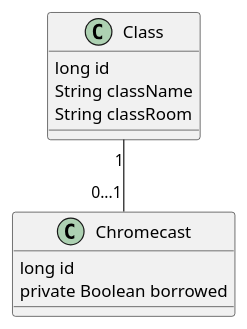
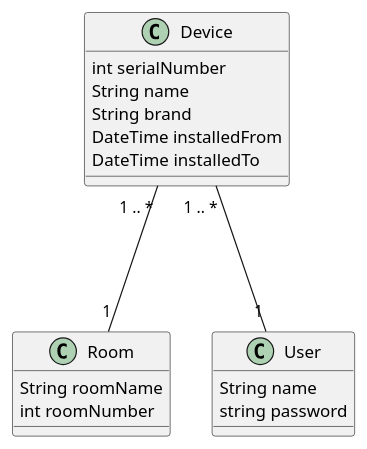
One commit to htl-leonding-project/5ahif-syp-chromecast-manager changed the diagram in Backend/asciidocs/cld.puml. Above: the diagram before and after it, drawn with PlantUML.

Commit message:
cld finished

```diff
--- a/Backend/asciidocs/cld.puml
+++ b/Backend/asciidocs/cld.puml
@@ -1,16 +1,24 @@
 @startuml
 
-class Chromecast{
-  long id
-  private Boolean borrowed
+class Device{
+  int serialNumber
+  String name
+  String brand
+  DateTime installedFrom
+  DateTime installedTo
 }
 
-class Class{
-   long id
-   String className
-   String classRoom
+class Room{
+   String roomName
+   int roomNumber
+}
+class User
+{
+String name
+string password
 }
 
-Class "1" -- "0...1" Chromecast
+Device "1 .. *" --- "1" Room
+Device "1 .. *" --- "1" User
 
 @enduml
```
